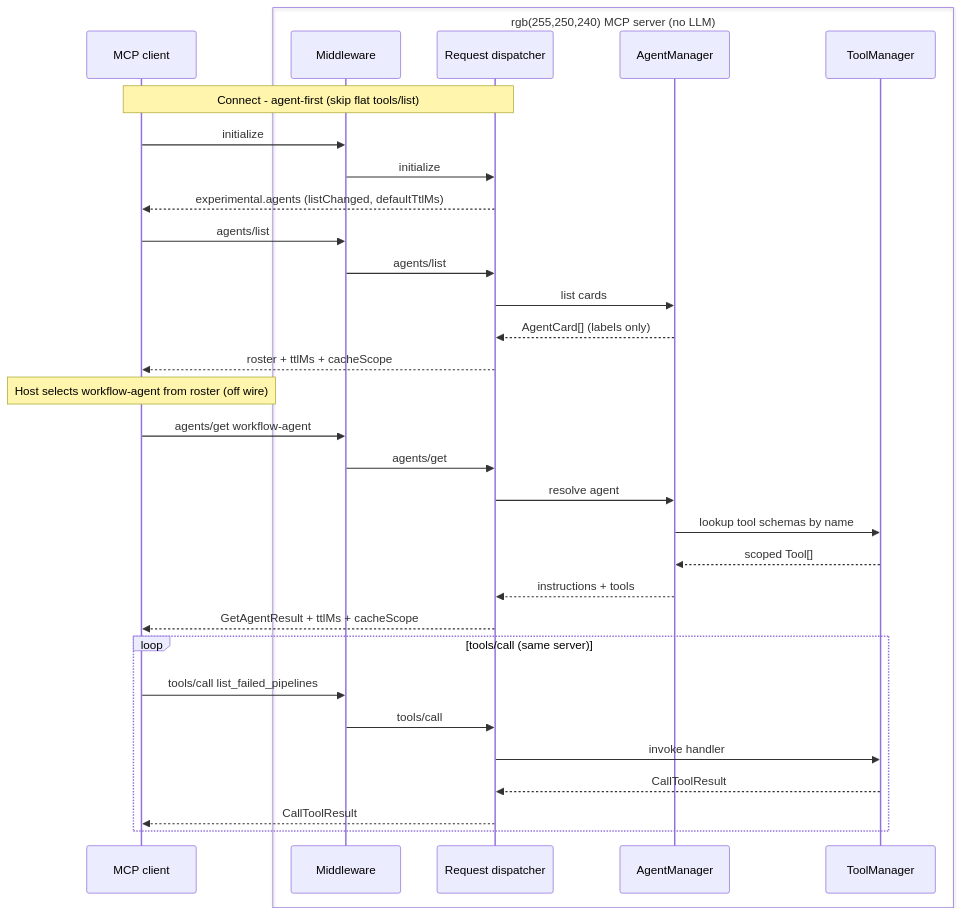
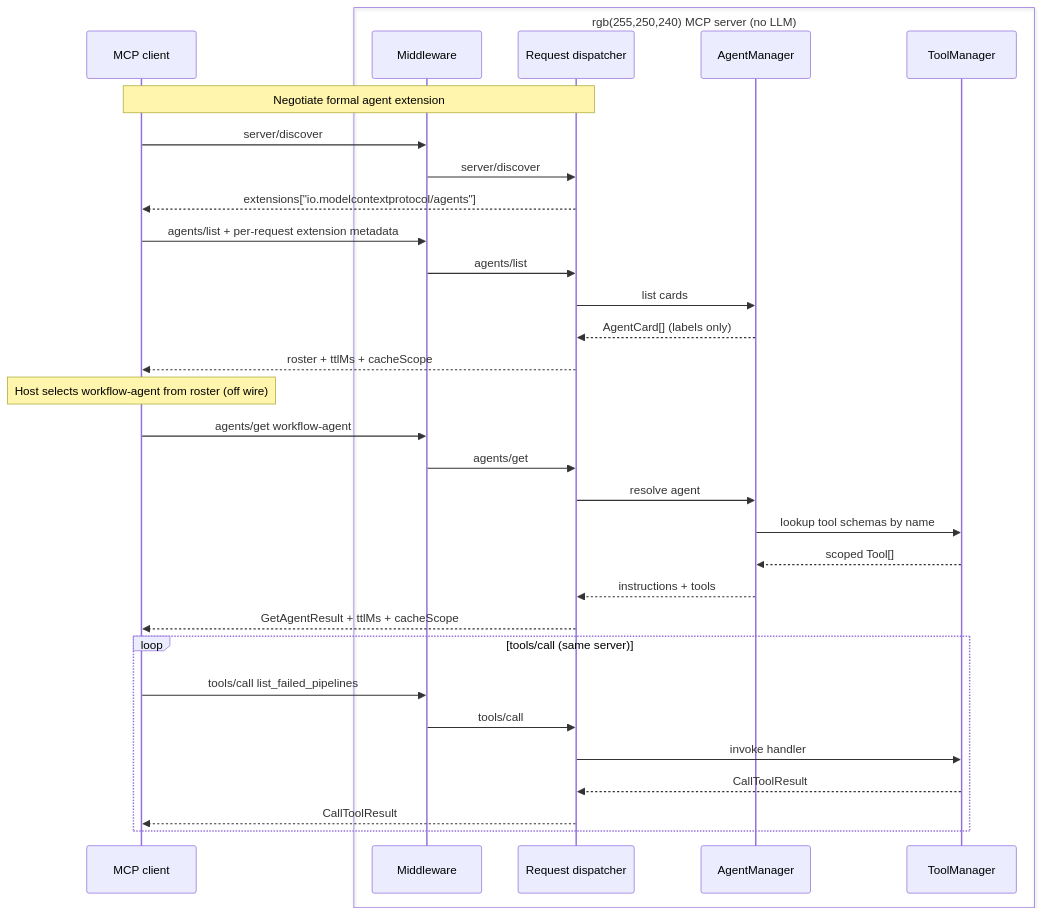
Before and after one commit to modelcontextprotocol/agents-wg: the third of 4 diagrams in docs/research/deep_agent_mcp_analysis.md, drawn with Mermaid. The commit also changed other lines of this file and 5 other files, not shown here.

Commit message:
MCP-AGENTS: align research and example with formal extension flow

````diff
--- a/docs/research/deep_agent_mcp_analysis.md
+++ b/docs/research/deep_agent_mcp_analysis.md
@@ -414,39 +416,39 @@
 ```mermaid
 sequenceDiagram
     participant Client as MCP client
 
     box rgb(255,250,240) MCP server (no LLM)
         participant MW as Middleware
         participant Disp as Request dispatcher
         participant AM as AgentManager
         participant TM as ToolManager
     end
 
-    Note over Client,Disp: Connect - agent-first (skip flat tools/list)
-    Client->>MW: initialize
-    MW->>Disp: initialize
-    Disp-->>Client: experimental.agents (listChanged, defaultTtlMs)
+    Note over Client,Disp: Negotiate formal agent extension
+    Client->>MW: server/discover
+    MW->>Disp: server/discover
+    Disp-->>Client: extensions["io.modelcontextprotocol/agents"]
 
-    Client->>MW: agents/list
+    Client->>MW: agents/list + per-request extension metadata
     MW->>Disp: agents/list
     Disp->>AM: list cards
     AM-->>Disp: AgentCard[] (labels only)
     Disp-->>Client: roster + ttlMs + cacheScope
 
     Note over Client: Host selects workflow-agent from roster (off wire)
     Client->>MW: agents/get workflow-agent
     MW->>Disp: agents/get
     Disp->>AM: resolve agent
     AM->>TM: lookup tool schemas by name
     TM-->>AM: scoped Tool[]
     AM-->>Disp: instructions + tools
     Disp-->>Client: GetAgentResult + ttlMs + cacheScope
 
     loop tools/call (same server)
         Client->>MW: tools/call list_failed_pipelines
         MW->>Disp: tools/call
         Disp->>TM: invoke handler
         TM-->>Disp: CallToolResult
         Disp-->>Client: CallToolResult
     end
 ```
````
